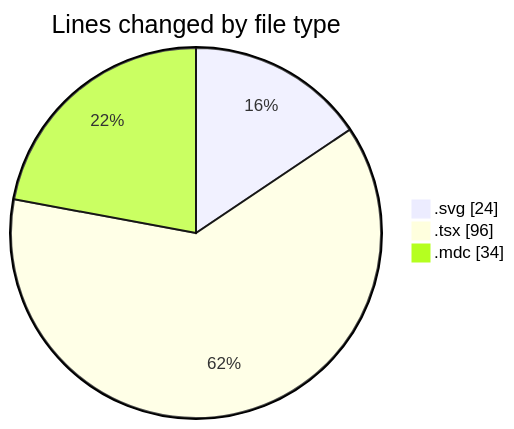
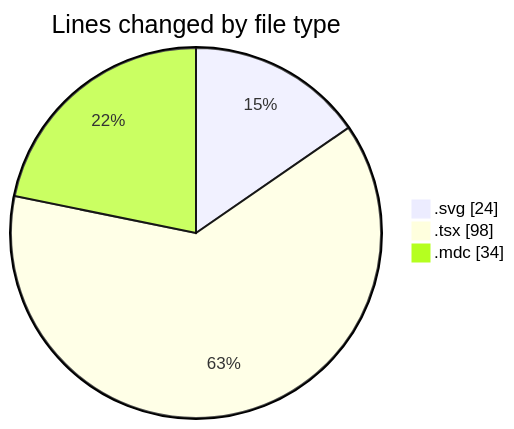
One commit to EIIisD/code-tracking changed the first of 2 diagrams in 2025-07-18/ribbon/README.md. Above: the diagram before and after it, drawn with Mermaid. The commit also changed other lines of this file and 1 other file, not shown here.

````diff
--- a/2025-07-18/ribbon/README.md
+++ b/2025-07-18/ribbon/README.md
@@ -22,7 +22,7 @@
 ```mermaid
 pie showData
 title Lines changed by file type
 ".svg" : 24
-".tsx" : 96
+".tsx" : 98
 ".mdc" : 34
 ```
````
